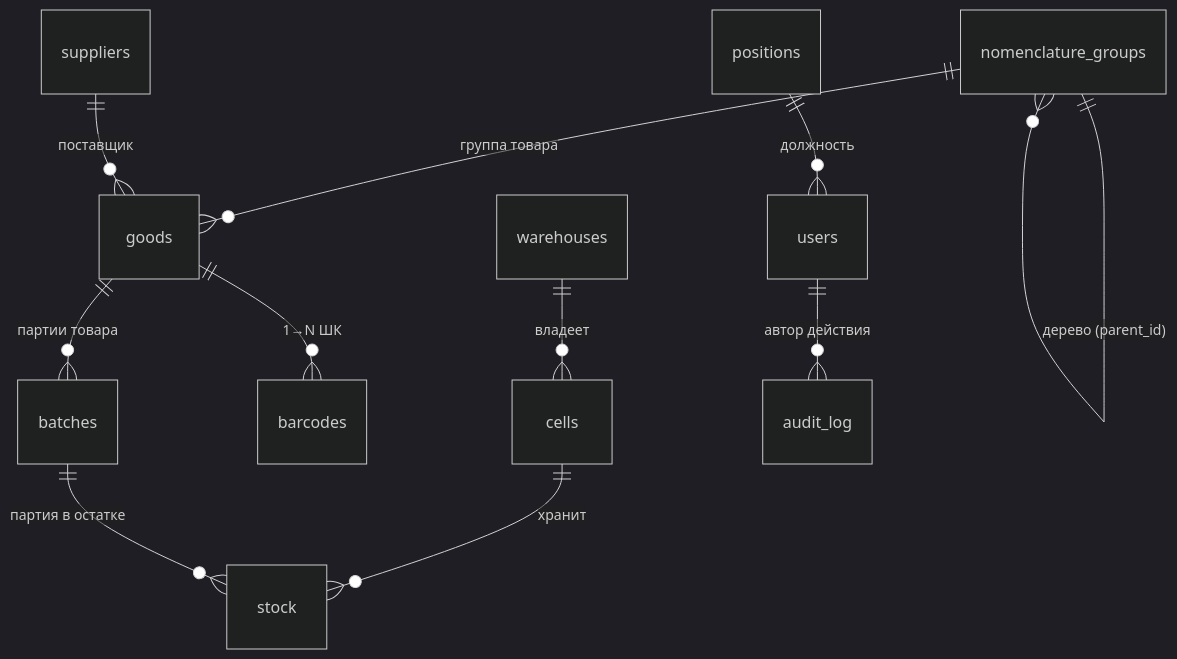
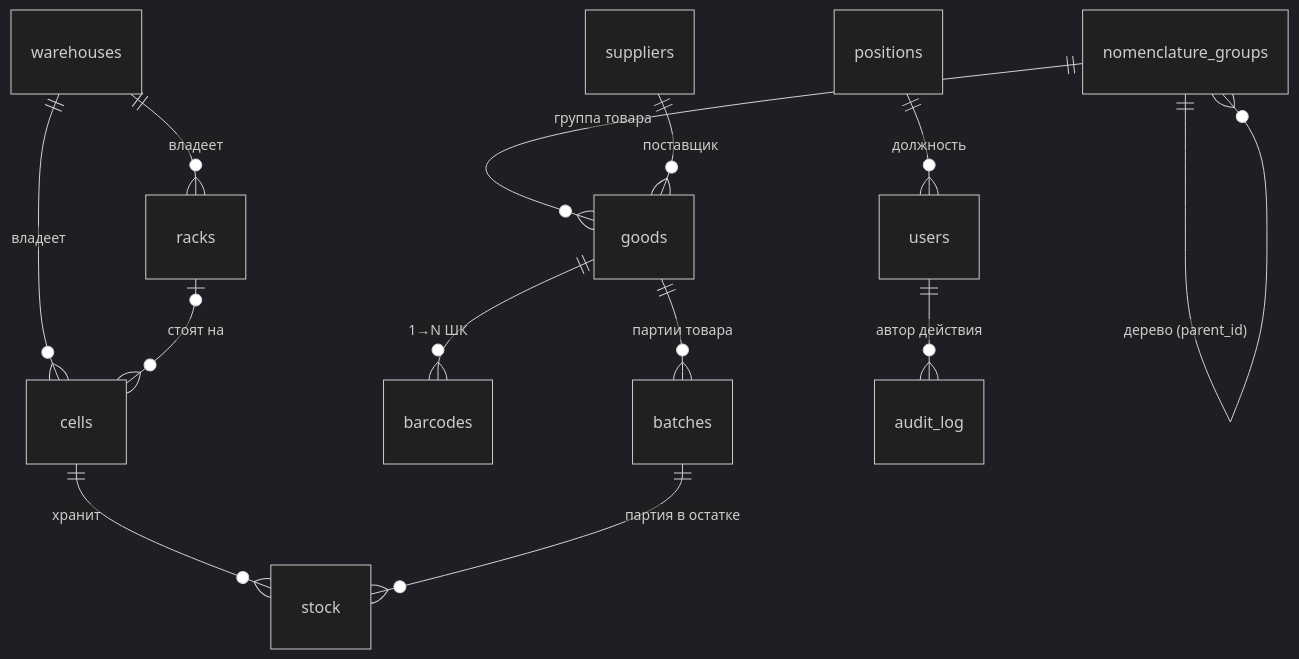
Before and after one commit to SergeiSMV/craft_limonades: the diagram in docs/data-model.md, drawn with Mermaid (dark theme). The commit also changed other lines of this file and 22 other files, not shown here.

````diff
--- a/docs/data-model.md
+++ b/docs/data-model.md
@@ -19,13 +19,15 @@
 ```mermaid
 erDiagram
     warehouses           ||--o{ cells                : "владеет"
+    warehouses           ||--o{ racks                : "владеет"
+    racks                |o--o{ cells                : "стоят на"
     cells                ||--o{ stock                : "хранит"
     goods                ||--o{ barcodes             : "1→N ШК"
     goods                ||--o{ batches              : "партии товара"
     batches              ||--o{ stock                : "партия в остатке"
     nomenclature_groups  ||--o{ nomenclature_groups  : "дерево (parent_id)"
     nomenclature_groups  ||--o{ goods                : "группа товара"
     suppliers            ||--o{ goods                : "поставщик"
     users                ||--o{ audit_log            : "автор действия"
     positions            ||--o{ users                : "должность"
 ```
````
